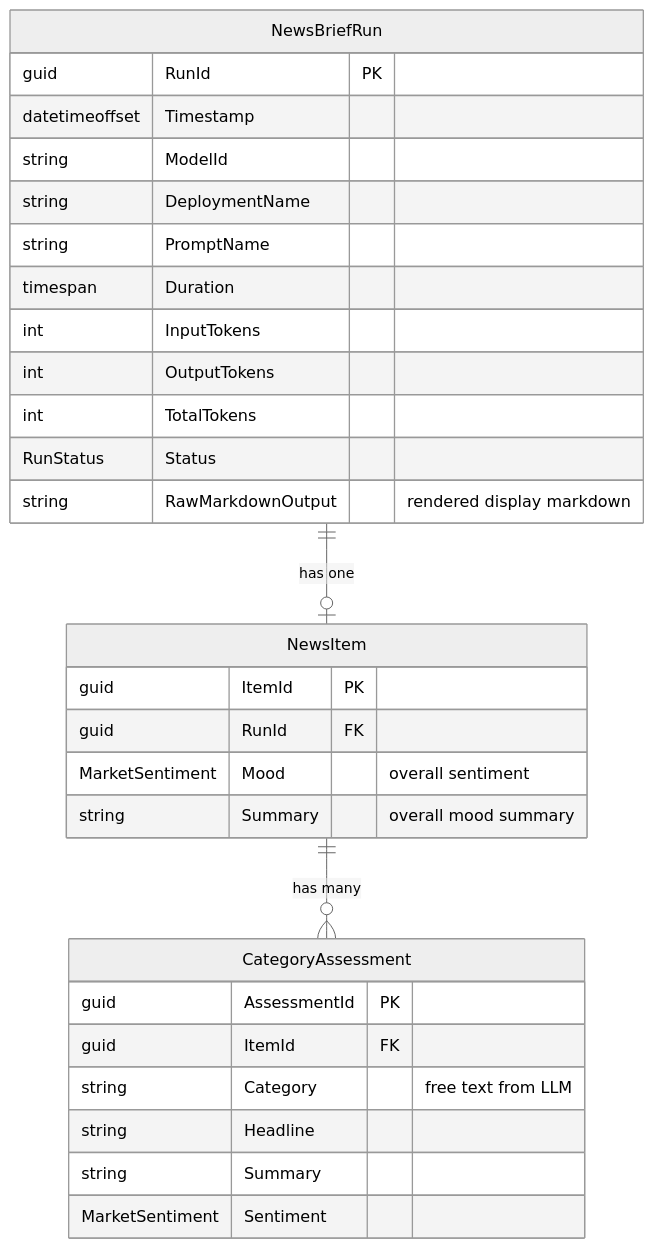
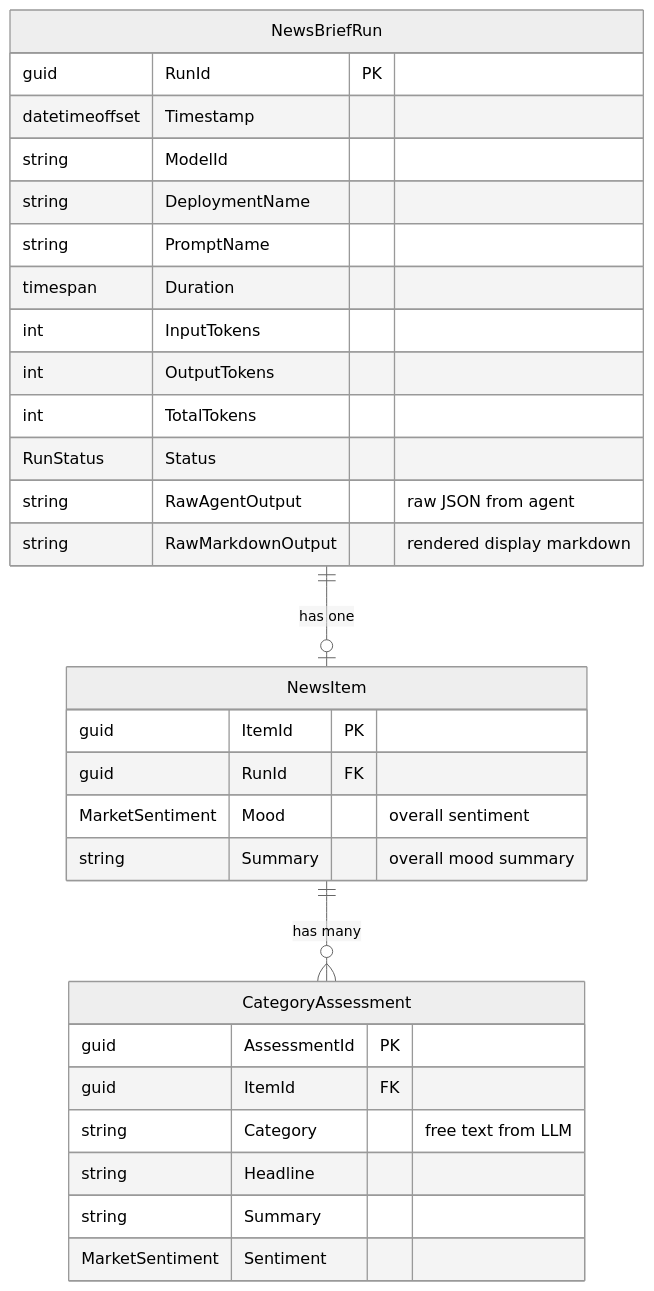
Before and after one commit to Muhomorik/KanelBulleKapital: the first of 3 diagrams in docs/step1-news-brief-agent.md, drawn with Mermaid (neutral theme). The commit also changed other lines of this file and 40 other files, not shown here.

````diff
--- a/docs/step1-news-brief-agent.md
+++ b/docs/step1-news-brief-agent.md
@@ -235,35 +235,36 @@
 ```mermaid
 erDiagram
     NewsBriefRun ||--o| NewsItem : "has one"
     NewsItem ||--o{ CategoryAssessment : "has many"
 
     NewsBriefRun {
         guid RunId PK
         datetimeoffset Timestamp
         string ModelId
         string DeploymentName
         string PromptName
         timespan Duration
         int InputTokens
         int OutputTokens
         int TotalTokens
         RunStatus Status
+        string RawAgentOutput "raw JSON from agent"
         string RawMarkdownOutput "rendered display markdown"
     }
 
     NewsItem {
         guid ItemId PK
         guid RunId FK
         MarketSentiment Mood "overall sentiment"
         string Summary "overall mood summary"
     }
 
     CategoryAssessment {
         guid AssessmentId PK
         guid ItemId FK
         string Category "free text from LLM"
         string Headline
         string Summary
         MarketSentiment Sentiment
     }
 ```
````
